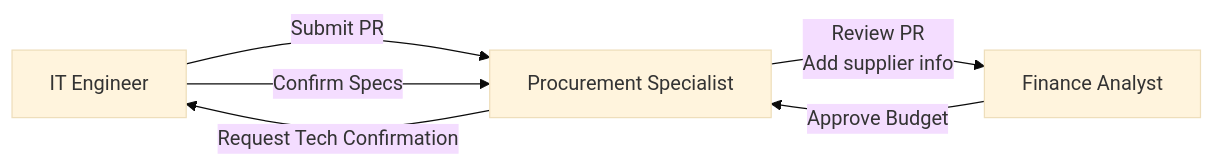
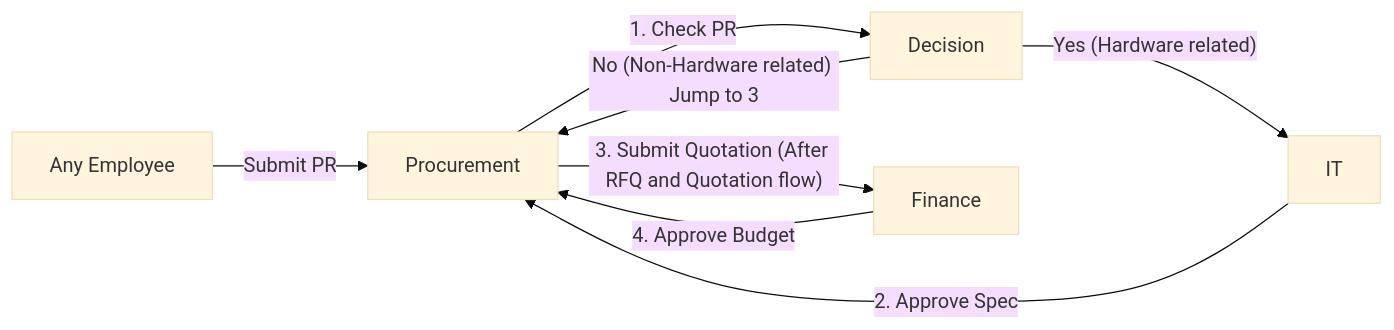
One commit to IsaacTai123/procurement_ecosystem changed the second of 6 diagrams in README.md. Above: the diagram before and after it, drawn with Mermaid (base theme). The commit also changed other lines of this file, not shown here.

Commit message:
docs: Update PR approval flow diagram in README (Closes EPSFPRJ-40)

````diff
--- a/README.md
+++ b/README.md
@@ -81,8 +82,12 @@
 ```mermaid
 flowchart LR
-    IT_Engineer["IT Engineer"] -->|Submit PR| Procurement_Specialist["Procurement Specialist"]
-    Procurement_Specialist -->|Review PR<br>Add supplier info| Finance_Analyst["Finance Analyst"]
-    Finance_Analyst -->|Approve Budget| Procurement_Specialist
-    Procurement_Specialist -->|Request Tech Confirmation| IT_Engineer
-    IT_Engineer -->|Confirm Specs| Procurement_Specialist
+    Employee["Any Employee"] -->|Submit PR| Procurement
+
+    Procurement -->|1. Check PR| Decision
+    Decision -->|"Yes (Hardware related)"| IT
+    Decision -->|"No (Non-Hardware related) Jump to 3"| Procurement
+
+    IT -->|2. Approve Spec| Procurement
+    Procurement -->|"3. Submit Quotation (After RFQ and Quotation flow)"| Finance
+    Finance -->|4. Approve Budget| Procurement
 ```
````
